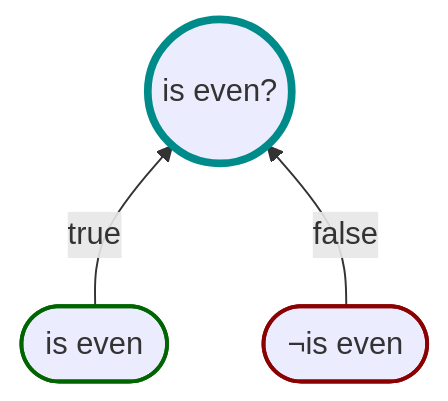
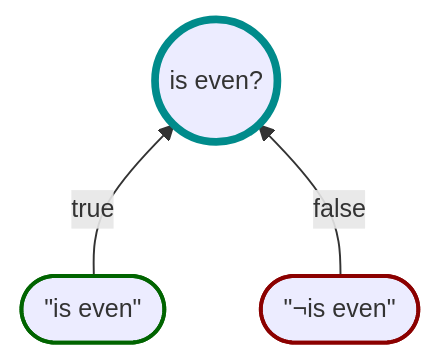
Before and after one commit to karlssberg/Motiv: the third of 6 diagrams in index.md, drawn with Mermaid. The commit also changed other lines of this file and 161 other files, not shown here.

Commit message:
Added policy fluent builder methods/propositions that permit accessing the BooleanResultBase in the WhenTrue/WhenFalse/WhenTrueYield/WhenFalseYield Deprecated the Metadata property for a property called Values.

````diff
--- a/index.md
+++ b/index.md
@@ -80,10 +102,11 @@
 ```mermaid
+%%{init: { 'themeVariables': { 'fontSize': '13px' }}}%%
 flowchart BT
 
-    True([is even]) -->|true| P((is even?))
-    False([¬is even]) -->|false| P
+    True(["&quot;is even&quot;"]) -->|true| P(("is even?"))
+    False(["&quot;¬is even&quot;"]) -->|false| P
 
     style P stroke:darkcyan,stroke-width:4px
     style True stroke:darkgreen,stroke-width:2px
     style False stroke:darkred,stroke-width:2px
 ```
````
